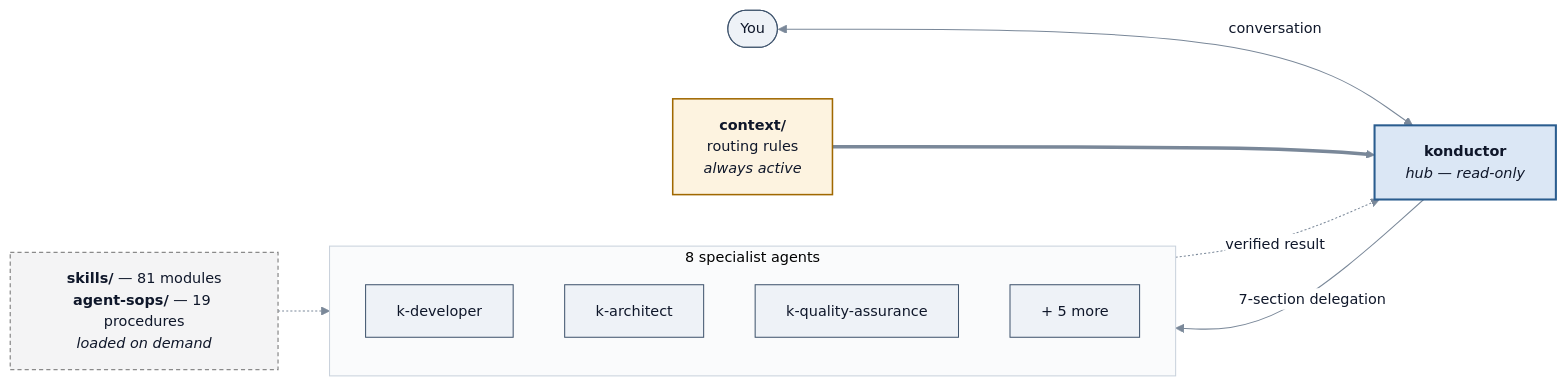
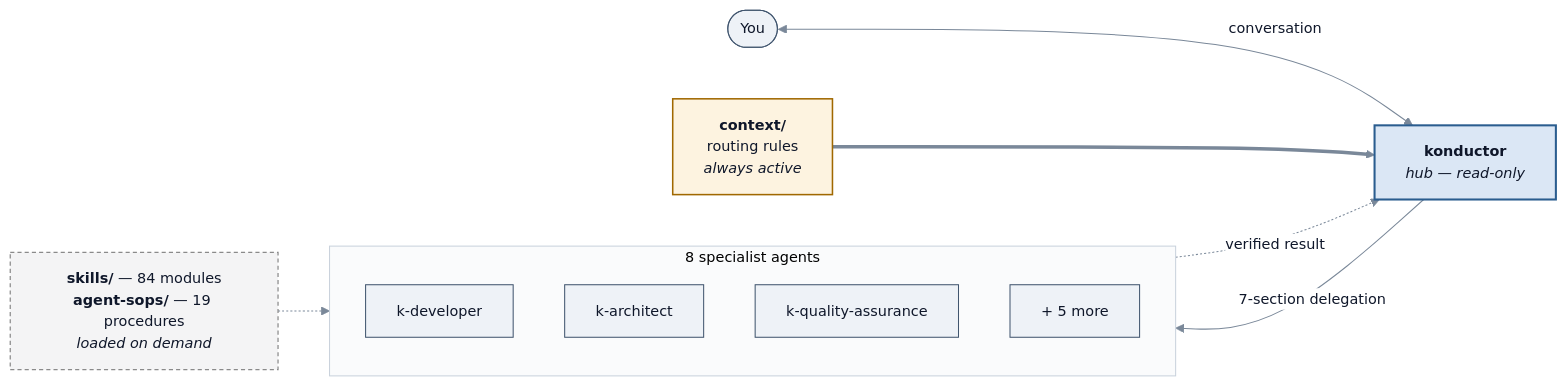
Before and after one commit to aws-solutions/konductor: the diagram in docs/user-guide/concepts.md, drawn with Mermaid. The commit also changed other lines of this file and 15 other files, not shown here.

````diff
--- a/docs/user-guide/concepts.md
+++ b/docs/user-guide/concepts.md
@@ -220,25 +221,25 @@
 ```mermaid
 %%{init:{'theme':'base','themeVariables':{'fontSize':'14px','primaryColor':'#eef2f7','primaryTextColor':'#0f172a','primaryBorderColor':'#40556e','lineColor':'#7a8899','textColor':'#0f172a','edgeLabelBackground':'#ffffff','clusterBkg':'#fafbfc','clusterBorder':'#c9d2dc'}}}%%
 flowchart LR
     User(["You"])
     Ctx["<b>context/</b><br/>routing rules<br/><i>always active</i>"]:::gate
     Orch["<b>konductor</b><br/><i>hub — read-only</i>"]:::focus
-    Store["<b>skills/</b> — 81 modules<br/><b>agent-sops/</b> — 19 procedures<br/><i>loaded on demand</i>"]:::muted
+    Store["<b>skills/</b> — 84 modules<br/><b>agent-sops/</b> — 19 procedures<br/><i>loaded on demand</i>"]:::muted
 
     subgraph Specialists["8 specialist agents"]
         Dev["k-developer"]
         Arch["k-architect"]
         QA["k-quality-assurance"]
         Other["+ 5 more"]
     end
 
     User <-->|"conversation"| Orch
     Ctx ==> Orch
     Orch -->|"7-section delegation"| Specialists
     Specialists -.->|"verified result"| Orch
     Store -.-> Specialists
 
     classDef focus fill:#dbe7f5,stroke:#2a5d8f,stroke-width:2px,color:#0f172a;
     classDef gate fill:#fdf3e0,stroke:#a06800,stroke-width:1.5px,color:#0f172a;
     classDef muted fill:#f4f4f5,stroke:#8a8a8a,stroke-width:1.2px,color:#0f172a,stroke-dasharray:4 3;
 ```
````
